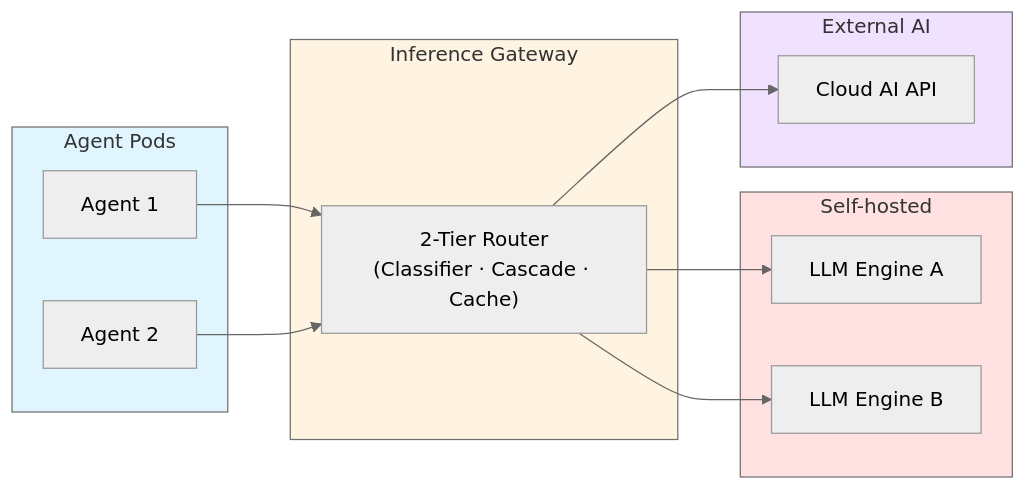
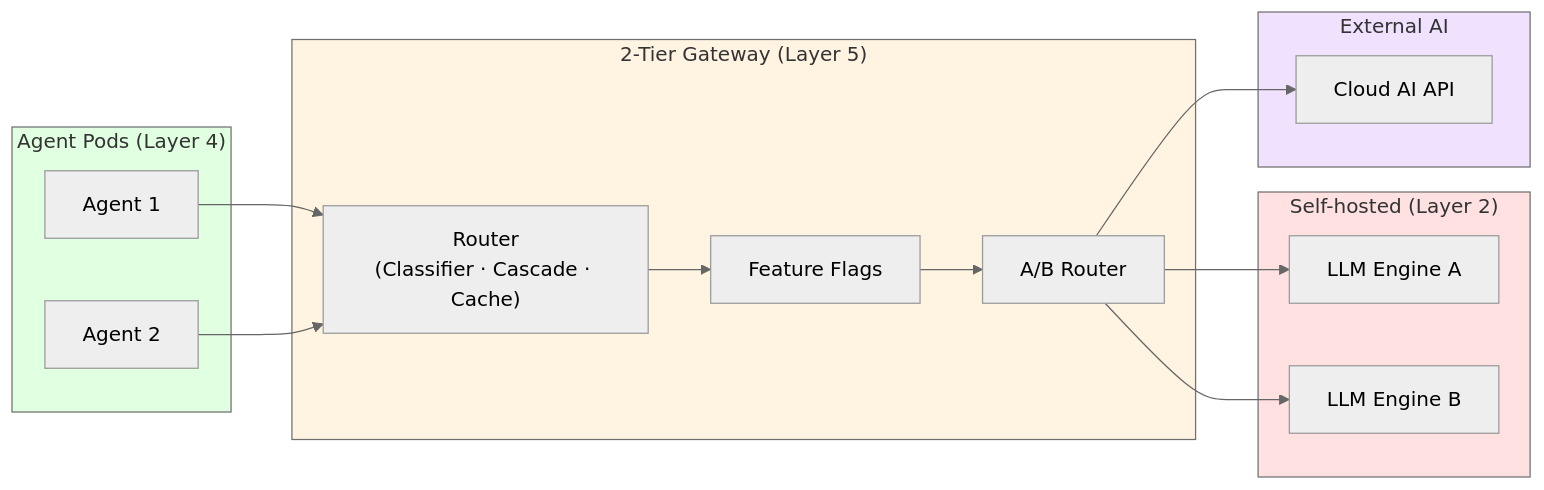
One commit to devfloor9/engineering-playbook changed the fourth of 10 diagrams in i18n/en/docusaurus-plugin-content-docs/current/agentic-ai-platform/design-architecture/foundations/agentic-platform-architecture.md. Above: the diagram before and after it, drawn with Mermaid (neutral theme). The commit also changed other lines of this file and 24 other files, not shown here.

````diff
--- a/i18n/en/docusaurus-plugin-content-docs/current/agentic-ai-platform/design-architecture/foundations/agentic-platform-architecture.md
+++ b/i18n/en/docusaurus-plugin-content-docs/current/agentic-ai-platform/design-architecture/foundations/agentic-platform-architecture.md
@@ -174,30 +346,31 @@
 ```mermaid
 flowchart LR
-    subgraph Clients["Agent Pods"]
+    subgraph Clients["Agent Pods (Layer 4)"]
         A1["Agent 1"]
         A2["Agent 2"]
     end
 
-    subgraph Gateway["Inference Gateway"]
-        ROUTER["2-Tier Router<br/>(Classifier · Cascade · Cache)"]
+    subgraph Gateway["2-Tier Gateway (Layer 5)"]
+        ROUTER["Router<br/>(Classifier · Cascade · Cache)"]
+        FF["Feature Flags"]
+        ABR["A/B Router"]
     end
 
-    subgraph SelfHosted["Self-hosted"]
+    subgraph SelfHosted["Self-hosted (Layer 2)"]
         M1["LLM Engine A"]
         M2["LLM Engine B"]
     end
 
     subgraph External["External AI"]
         EXT1["Cloud AI API"]
     end
 
     A1 & A2 --> ROUTER
-    ROUTER --> M1
-    ROUTER --> M2
-    ROUTER --> EXT1
+    ROUTER --> FF --> ABR
+    ABR --> M1 & M2 & EXT1
 
-    style Clients fill:#e1f5ff
+    style Clients fill:#e1ffe1
     style Gateway fill:#fff4e1
     style SelfHosted fill:#ffe1e1
     style External fill:#f0e1ff
 ```
````
